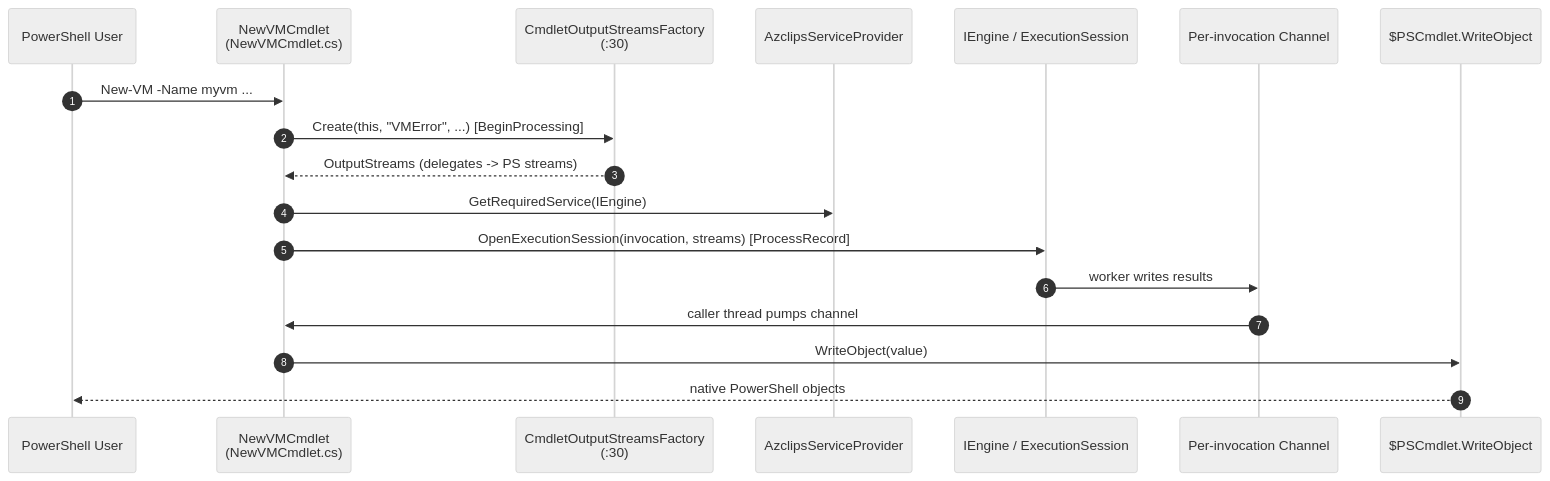
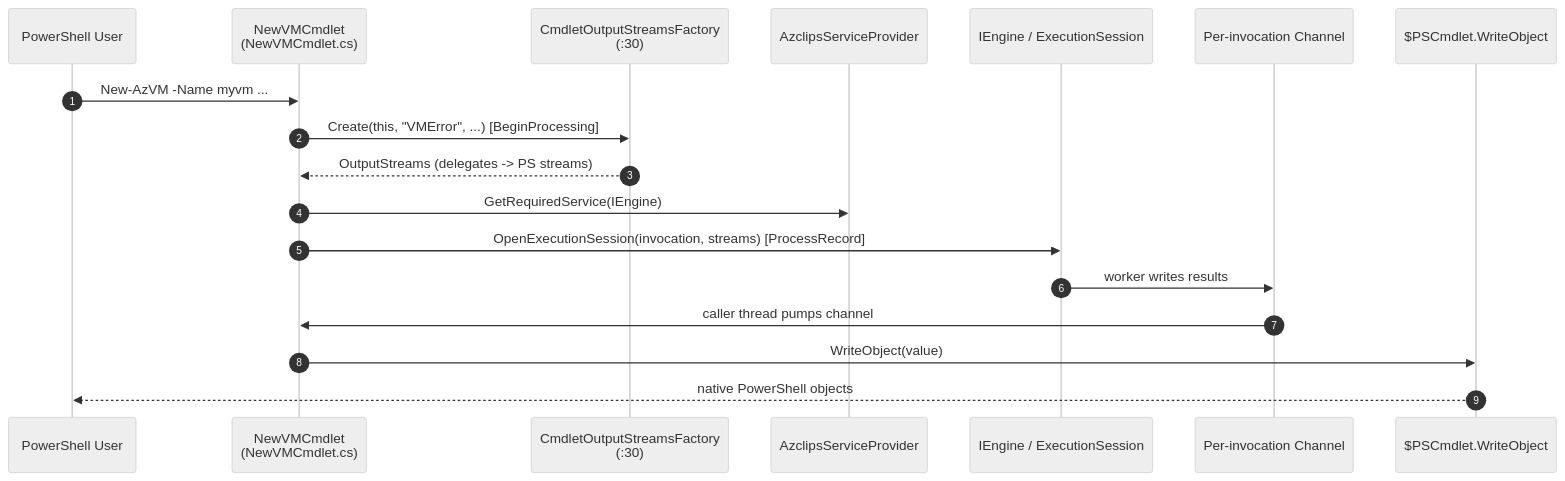
Before and after one commit to Azure/azclips: the first of 2 diagrams in wiki/01-getting-started/powershell-usage.md, drawn with Mermaid (neutral theme). The commit also changed other lines of this file and 49 other files, not shown here.

````diff
--- a/wiki/01-getting-started/powershell-usage.md
+++ b/wiki/01-getting-started/powershell-usage.md
@@ -72,21 +72,21 @@
 ```mermaid
 sequenceDiagram
     autonumber
     participant User as PowerShell User
     participant Cmd as NewVMCmdlet<br>(NewVMCmdlet.cs)
     participant Factory as CmdletOutputStreamsFactory<br>(:30)
     participant DI as AzclipsServiceProvider
     participant Eng as IEngine / ExecutionSession
     participant Chan as Per-invocation Channel
     participant PSOut as $PSCmdlet.WriteObject
 
-    User->>Cmd: New-VM -Name myvm ...
+    User->>Cmd: New-AzVM -Name myvm ...
     Cmd->>Factory: Create(this, "VMError", ...)  [BeginProcessing]
     Factory-->>Cmd: OutputStreams (delegates -> PS streams)
     Cmd->>DI: GetRequiredService(IEngine)
     Cmd->>Eng: OpenExecutionSession(invocation, streams)  [ProcessRecord]
     Eng->>Chan: worker writes results
     Chan->>Cmd: caller thread pumps channel
     Cmd->>PSOut: WriteObject(value)
     PSOut-->>User: native PowerShell objects
 ```
````
